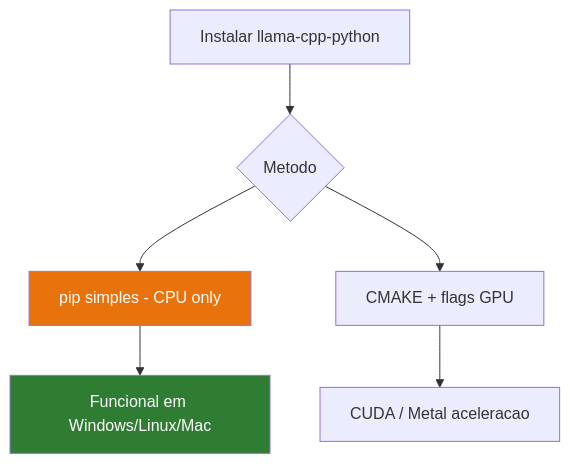
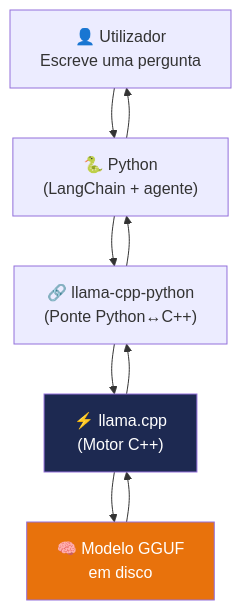
The diagram in docs/08-instalacao-llamacpp.md (icpmtech/empresaiq-ebook), drawn with Mermaid before and after one commit. The commit also changed other lines of this file and 24 other files, not shown here.

````diff
--- a/docs/08-instalacao-llamacpp.md
+++ b/docs/08-instalacao-llamacpp.md
@@ -9,10 +19,13 @@
 ```mermaid
 flowchart TD
-    A[Instalar llama-cpp-python] --> B{Metodo}
-    B --> C[pip simples - CPU only]
-    B --> D[CMAKE + flags GPU]
-    C --> E[Funcional em Windows/Linux/Mac]
-    D --> F[CUDA / Metal aceleracao]
-    style C fill:#E8720C,color:#fff
-    style E fill:#2E7D32,color:#fff
+    U["👤 Utilizador\nEscreve uma pergunta"] --> PY["🐍 Python\n(LangChain + agente)"]
+    PY --> LCP["🔗 llama-cpp-python\n(Ponte Python↔C++)"]
+    LCP --> LC["⚡ llama.cpp\n(Motor C++)"]
+    LC --> M["🧠 Modelo GGUF\nem disco"]
+    M --> LC
+    LC --> LCP
+    LCP --> PY
+    PY --> U
+    style LC fill:#1D2951,color:#fff
+    style M fill:#E8720C,color:#fff
 ```
````
